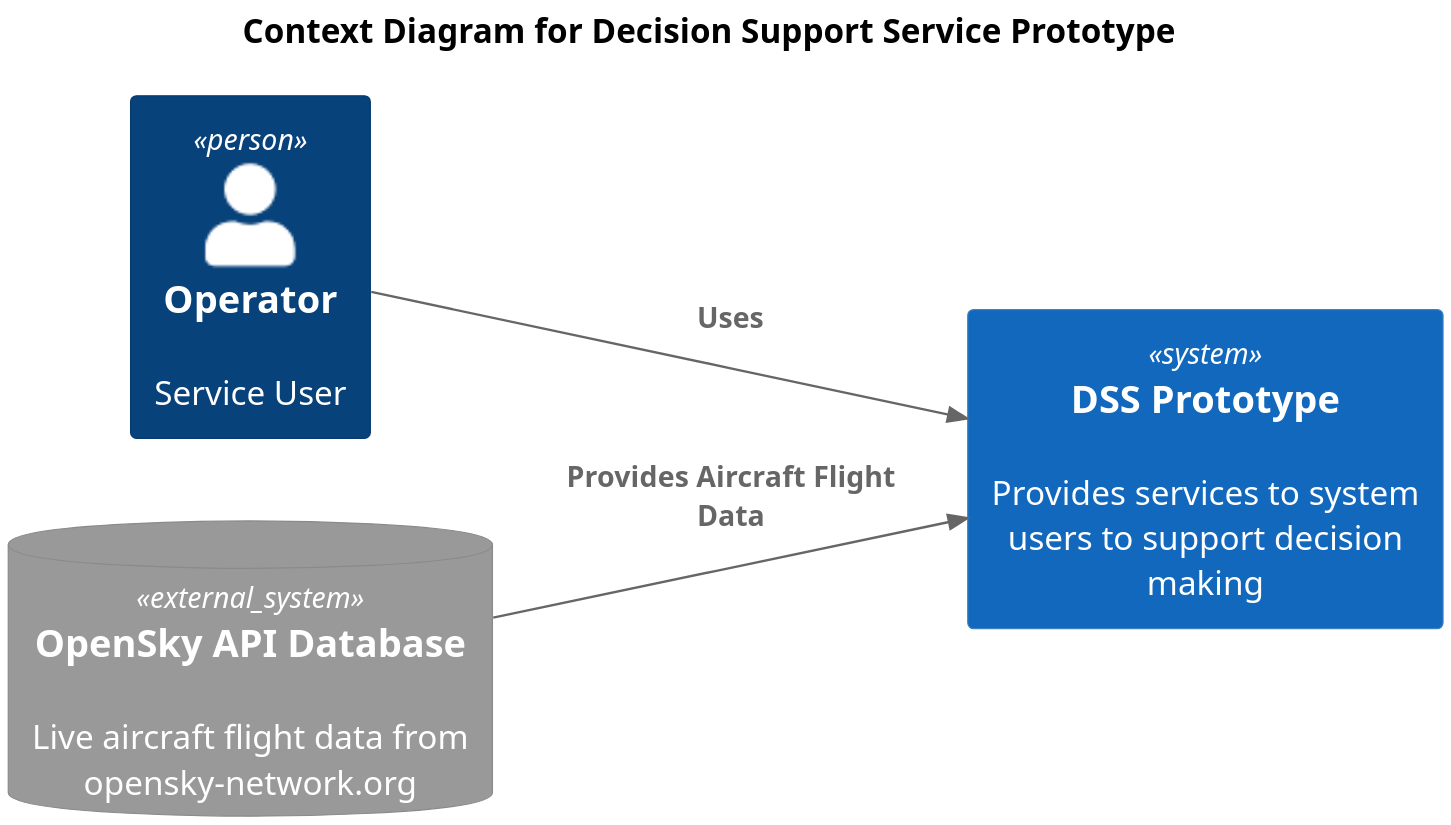
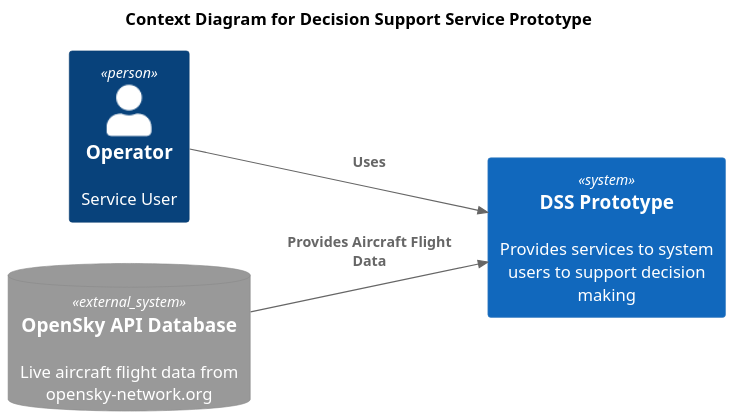
Before and after one commit to amurp003/dss-prototype: the first of 3 diagrams in doc/software-design/dss-prototype-sw-design.puml, drawn with PlantUML. The commit also changed other lines of this file and 6 other files, not shown here.

Commit message:
Updated software diagrams

```diff
--- a/doc/software-design/dss-prototype-sw-design.puml
+++ b/doc/software-design/dss-prototype-sw-design.puml
@@ -5,18 +5,18 @@
 @startuml Context Diagram
-skinparam dpi 300
+skinparam dpi 150
 !include https://raw.githubusercontent.com/plantuml-stdlib/C4-PlantUML/master/C4_Context.puml
 ' uncomment the following line and comment the first to use locally
 ' !include C4_Context.puml
 
 LAYOUT_LEFT_RIGHT()
 
 title Context Diagram for Decision Support Service Prototype
 
 Person(tao, Operator, "Service User")
 System(AI, "DSS Prototype", "Provides services to system users to support decision making")
 SystemDb_Ext(C2, "OpenSky API Database", "Live aircraft flight data from opensky-network.org")
 
 Rel(tao, AI, "Uses")
 Rel(C2,AI, "Provides Aircraft Flight Data")
 
 @enduml
```
